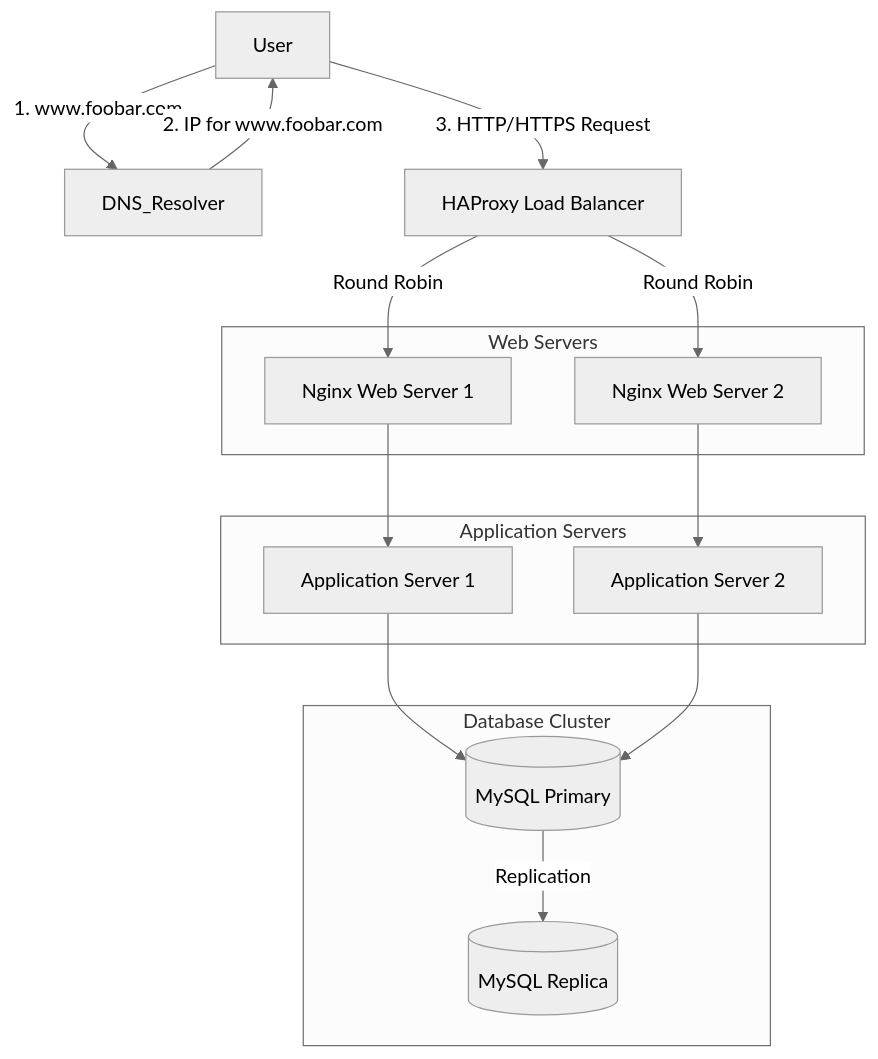
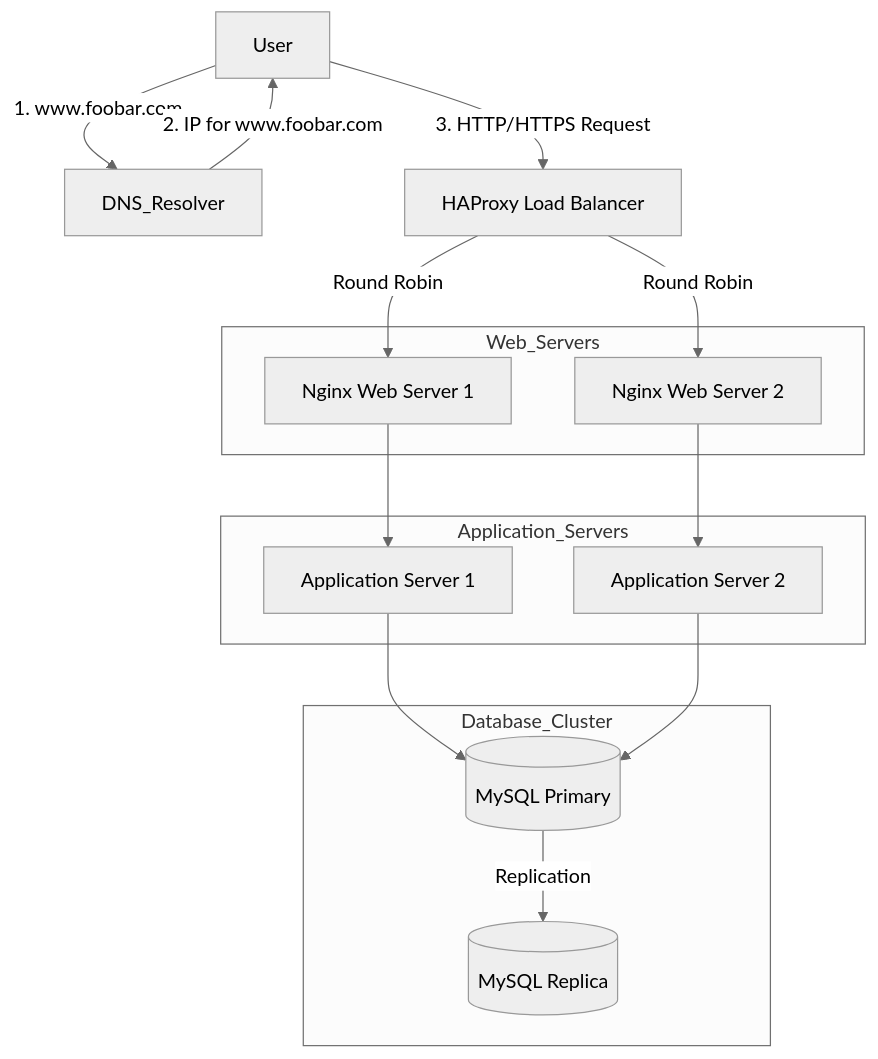
Before and after one commit to judiihh/holbertonschool-system_engineering-devops: the diagram in web_infrastructure_design/1-distributed_web_infrastructure.md, drawn with Mermaid (neutral theme).

Commit message:
update: docs

````diff
--- a/web_infrastructure_design/1-distributed_web_infrastructure.md
+++ b/web_infrastructure_design/1-distributed_web_infrastructure.md
@@ -7,32 +7,32 @@
 ```mermaid
 graph TD
     User -->|1. www.foobar.com| DNS_Resolver
     DNS_Resolver -->|2. IP for www.foobar.com| User
     User -->|3. HTTP/HTTPS Request| Load_Balancer[HAProxy Load Balancer]
-    
-    subgraph Web Servers
+
+    subgraph Web_Servers
         Web_Server1[Nginx Web Server 1]
         Web_Server2[Nginx Web Server 2]
     end
-    
-    subgraph Application Servers
+
+    subgraph Application_Servers
         App_Server1[Application Server 1]
         App_Server2[Application Server 2]
     end
-    
-    subgraph Database Cluster
+
+    subgraph Database_Cluster
         DB_Primary[(MySQL Primary)]
         DB_Replica[(MySQL Replica)]
     end
-    
+
     Load_Balancer -->|Round Robin| Web_Server1
     Load_Balancer -->|Round Robin| Web_Server2
-    
+
     Web_Server1 --> App_Server1
     Web_Server2 --> App_Server2
-    
+
     App_Server1 --> DB_Primary
     App_Server2 --> DB_Primary
-    
+
     DB_Primary -->|Replication| DB_Replica
 ```
````
